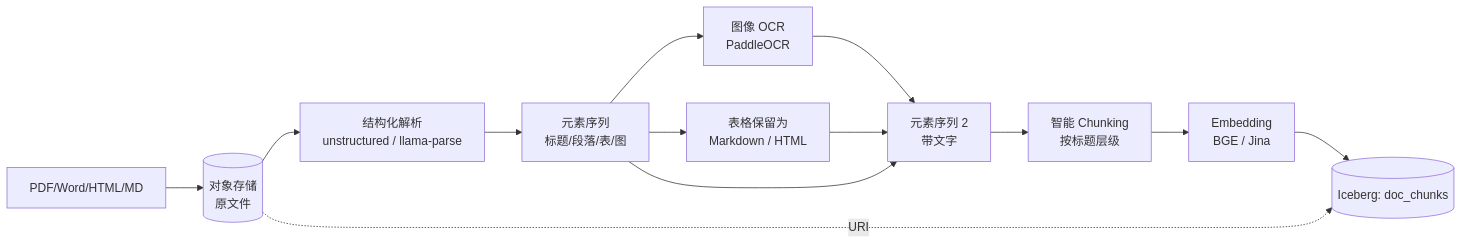
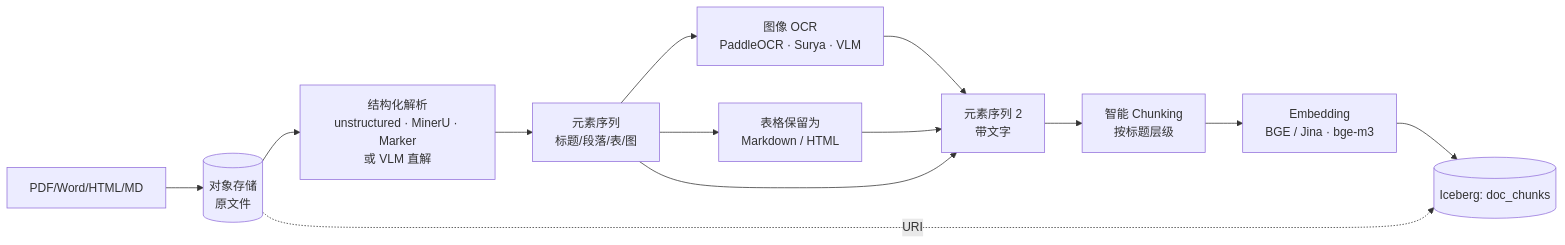
One commit to wangyong9999/lakehouse-wiki changed the diagram in docs/pipelines/document-pipeline.md. Above: the diagram before and after it, drawn with Mermaid. The commit also changed other lines of this file, not shown here.

First line of the commit message:
content(I1): document-pipeline 升级 2024 工具链 + VLM 路线

````diff
--- a/docs/pipelines/document-pipeline.md
+++ b/docs/pipelines/document-pipeline.md
@@ -26,15 +29,15 @@
 ```mermaid
 flowchart LR
   upload[PDF/Word/HTML/MD] --> store[(对象存储<br/>原文件)]
-  store --> parse[结构化解析<br/>unstructured / llama-parse]
+  store --> parse[结构化解析<br/>unstructured · MinerU · Marker<br/>或 VLM 直解]
   parse --> blocks[元素序列<br/>标题/段落/表/图]
-  blocks --> ocr[图像 OCR<br/>PaddleOCR]
+  blocks --> ocr[图像 OCR<br/>PaddleOCR · Surya · VLM]
   blocks --> table[表格保留为<br/>Markdown / HTML]
   ocr --> blocks2[元素序列 2<br/>带文字]
   table --> blocks2
   blocks --> blocks2
   blocks2 --> chunk[智能 Chunking<br/>按标题层级]
-  chunk --> embed[Embedding<br/>BGE / Jina]
+  chunk --> embed[Embedding<br/>BGE / Jina · bge-m3]
   embed --> tbl[(Iceberg: doc_chunks)]
   store -.URI.-> tbl
 ```
````
